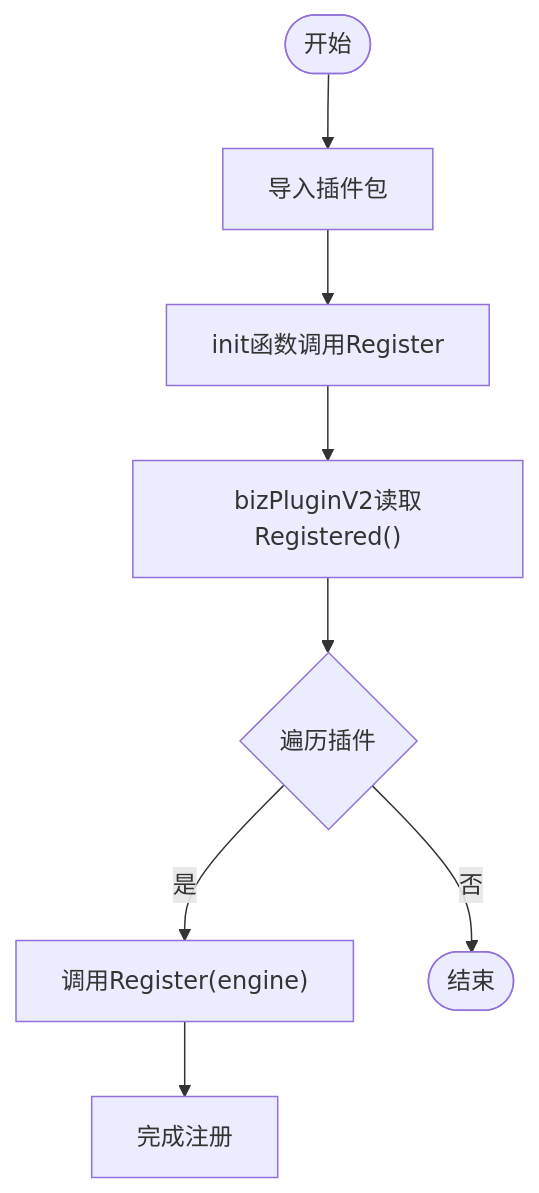
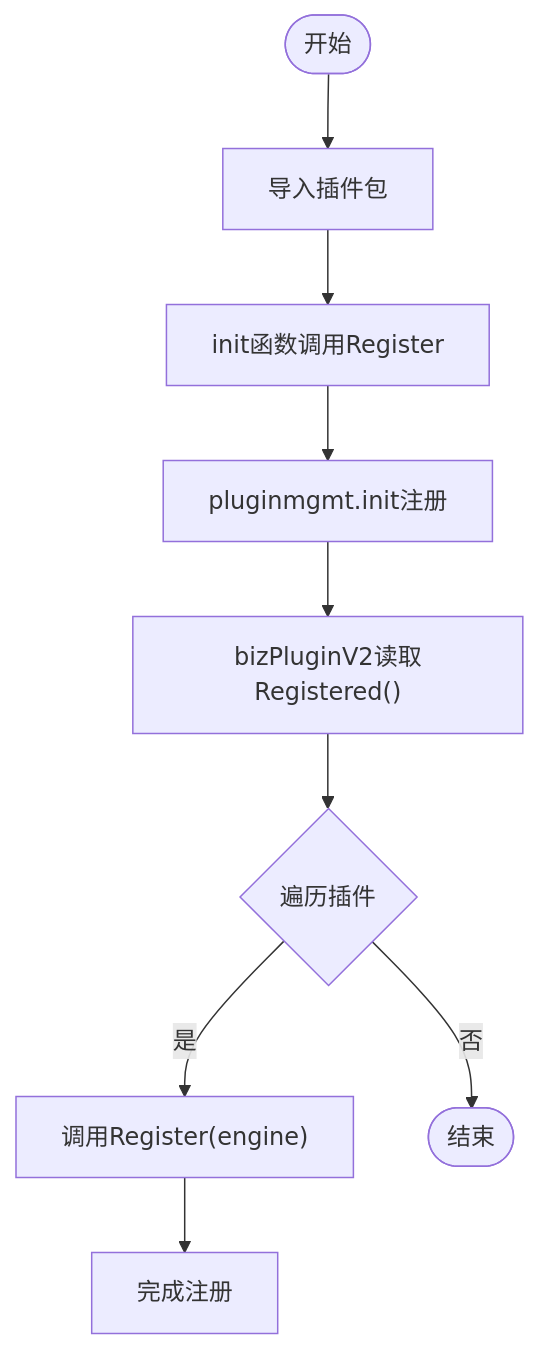
One commit to Xiaomajohn/gin-vue-admin-myself changed the fourth of 9 diagrams in .qoder/repowiki/zh/content/插件系统架构/插件管理系统.md. Above: the diagram before and after it, drawn with Mermaid. The commit also changed other lines of this file and 5 other files, not shown here.

````diff
--- a/.qoder/repowiki/zh/content/插件系统架构/插件管理系统.md
+++ b/.qoder/repowiki/zh/content/插件系统架构/插件管理系统.md
@@ -174,10 +227,11 @@
 ```mermaid
 flowchart TD
 Start(["开始"]) --> Import["导入插件包"]
 Import --> Init["init函数调用Register"]
-Init --> Snapshot["bizPluginV2读取Registered()"]
+Init --> PMInit["pluginmgmt.init注册"]
+PMInit --> Snapshot["bizPluginV2读取Registered()"]
 Snapshot --> Loop{"遍历插件"}
 Loop --> |是| CallRegister["调用Register(engine)"]
 CallRegister --> Done["完成注册"]
 Loop --> |否| End(["结束"])
 ```
````
